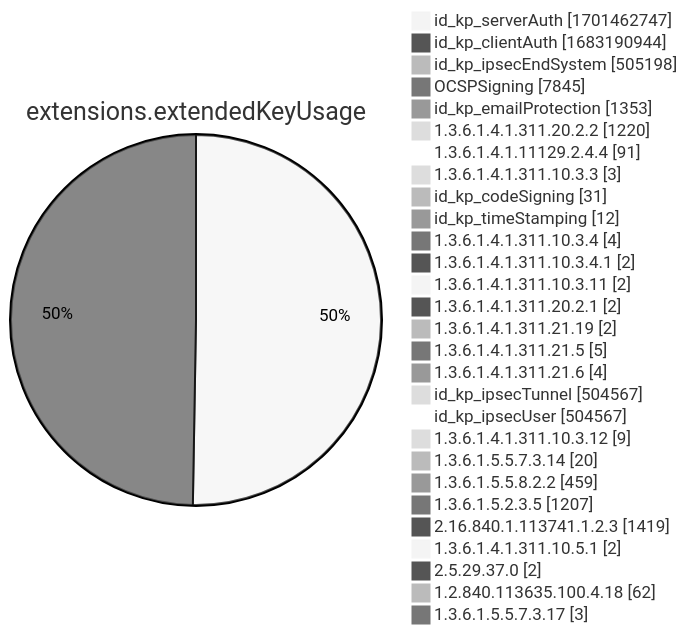
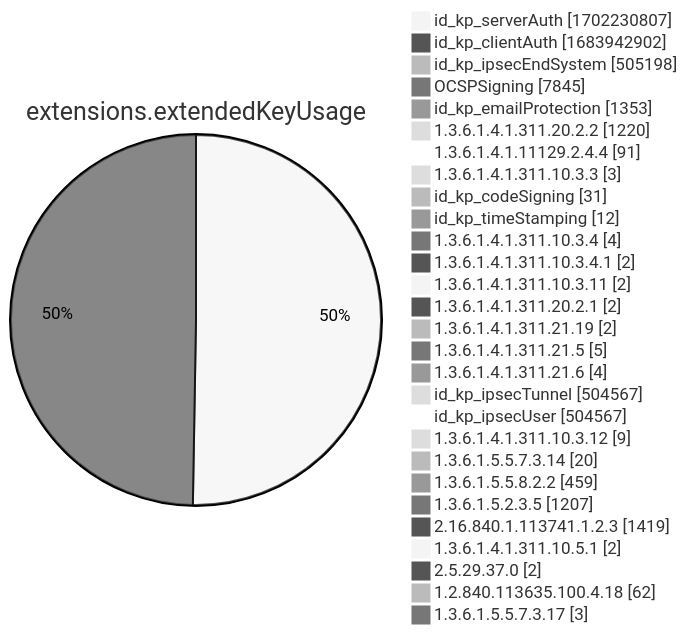
Diagram 12 of 15 in xenon2022/README.md (christiankrug/ctmonitor_visualization), drawn with Mermaid (neutral theme) before and after one commit. The commit also changed other lines of this file, not shown here.

````diff
--- a/xenon2022/README.md
+++ b/xenon2022/README.md
@@ -3888,32 +3888,32 @@
 ```mermaid
 pie showData
 title extensions.extendedKeyUsage
-"id_kp_serverAuth" :1701462747
-"id_kp_clientAuth" :1683190944
+"id_kp_serverAuth" :1702230807
+"id_kp_clientAuth" :1683942902
 "id_kp_ipsecEndSystem" :505198
 "OCSPSigning" :7845
 "id_kp_emailProtection" :1353
 "1.3.6.1.4.1.311.20.2.2" :1220
 "1.3.6.1.4.1.11129.2.4.4" :91
 "1.3.6.1.4.1.311.10.3.3" :3
 "id_kp_codeSigning" :31
 "id_kp_timeStamping" :12
 "1.3.6.1.4.1.311.10.3.4" :4
 "1.3.6.1.4.1.311.10.3.4.1" :2
 "1.3.6.1.4.1.311.10.3.11" :2
 "1.3.6.1.4.1.311.20.2.1" :2
 "1.3.6.1.4.1.311.21.19" :2
 "1.3.6.1.4.1.311.21.5" :5
 "1.3.6.1.4.1.311.21.6" :4
 "id_kp_ipsecTunnel" :504567
 "id_kp_ipsecUser" :504567
 "1.3.6.1.4.1.311.10.3.12" :9
 "1.3.6.1.5.5.7.3.14" :20
 "1.3.6.1.5.5.8.2.2" :459
 "1.3.6.1.5.2.3.5" :1207
 "2.16.840.1.113741.1.2.3" :1419
 "1.3.6.1.4.1.311.10.5.1" :2
 "2.5.29.37.0" :2
 "1.2.840.113635.100.4.18" :62
 "1.3.6.1.5.5.7.3.17" :3
 ```
````
